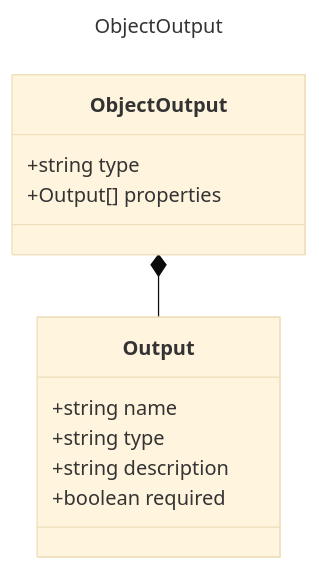
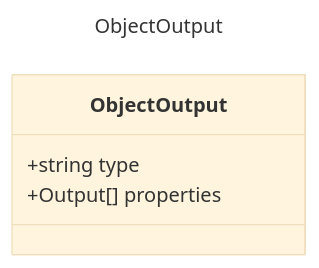
The diagram in specification/prompty/docs/ObjectOutput.md (microsoft/prompty), drawn with Mermaid (base theme) before and after one commit. The commit also changed 22 other files, not shown here.

Commit message:
corrected class diagrams

````diff
--- a/specification/prompty/docs/ObjectOutput.md
+++ b/specification/prompty/docs/ObjectOutput.md
@@ -8,17 +8,10 @@
 ```mermaid
 ---
 title: ObjectOutput
 ---
 classDiagram
-    class Output {
-        +string name
-        +string type
-        +string description
-        +boolean required
-    }
     class ObjectOutput {
         +string type
         +Output[] properties
     }
-    ObjectOutput *-- Output
 ```
````
